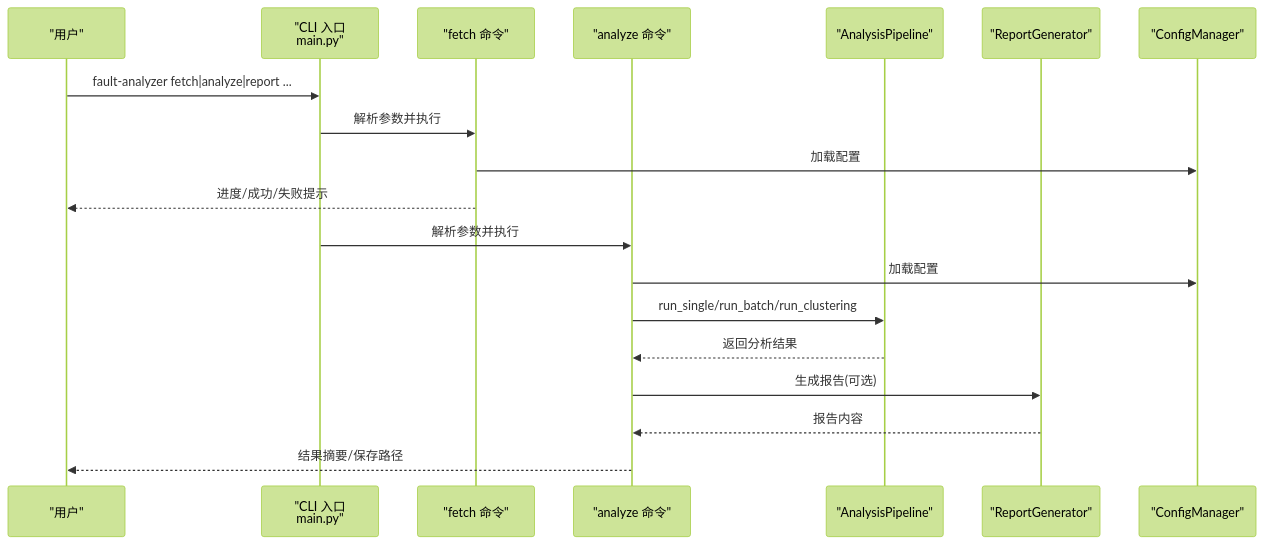
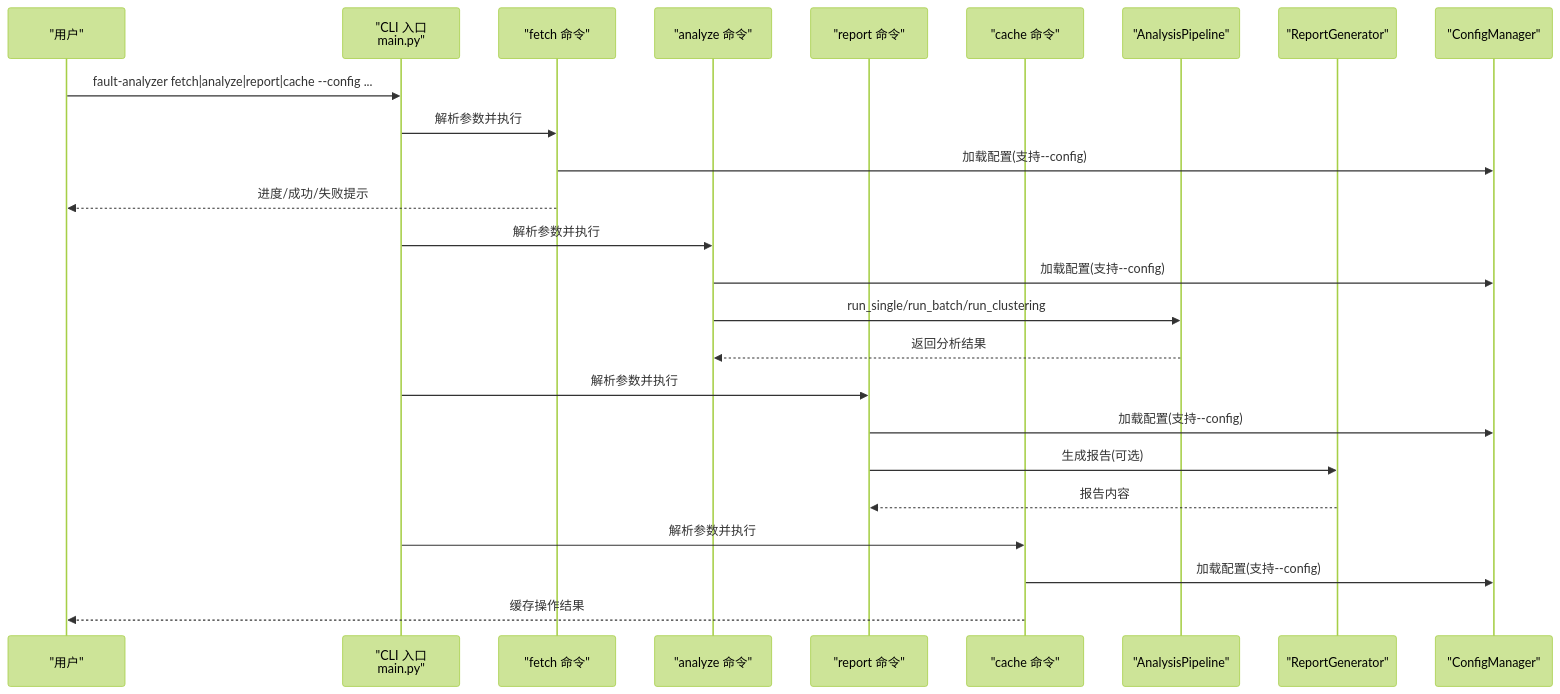
Before and after one commit to boyingliu01/fault-review-analyzer: the second of 3 diagrams in .qoder/repowiki/zh/content/命令行工具/命令行工具.md, drawn with Mermaid (forest theme). The commit also changed other lines of this file and 30 other files, not shown here.

````diff
--- a/.qoder/repowiki/zh/content/命令行工具/命令行工具.md
+++ b/.qoder/repowiki/zh/content/命令行工具/命令行工具.md
@@ -99,21 +109,27 @@
 ```mermaid
 sequenceDiagram
 participant U as "用户"
 participant CLI as "CLI 入口<br/>main.py"
 participant F as "fetch 命令"
 participant A as "analyze 命令"
+participant R as "report 命令"
+participant C as "cache 命令"
 participant P as "AnalysisPipeline"
-participant R as "ReportGenerator"
-participant C as "ConfigManager"
-U->>CLI : fault-analyzer fetch|analyze|report ...
+participant RG as "ReportGenerator"
+participant CM as "ConfigManager"
+U->>CLI : fault-analyzer fetch|analyze|report|cache --config ...
 CLI->>F : 解析参数并执行
-F->>C : 加载配置
+F->>CM : 加载配置(支持--config)
 F-->>U : 进度/成功/失败提示
 CLI->>A : 解析参数并执行
-A->>C : 加载配置
+A->>CM : 加载配置(支持--config)
 A->>P : run_single/run_batch/run_clustering
 P-->>A : 返回分析结果
-A->>R : 生成报告(可选)
-R-->>A : 报告内容
-A-->>U : 结果摘要/保存路径
+CLI->>R : 解析参数并执行
+R->>CM : 加载配置(支持--config)
+R->>RG : 生成报告(可选)
+RG-->>R : 报告内容
+CLI->>C : 解析参数并执行
+C->>CM : 加载配置(支持--config)
+C-->>U : 缓存操作结果
 ```
````
